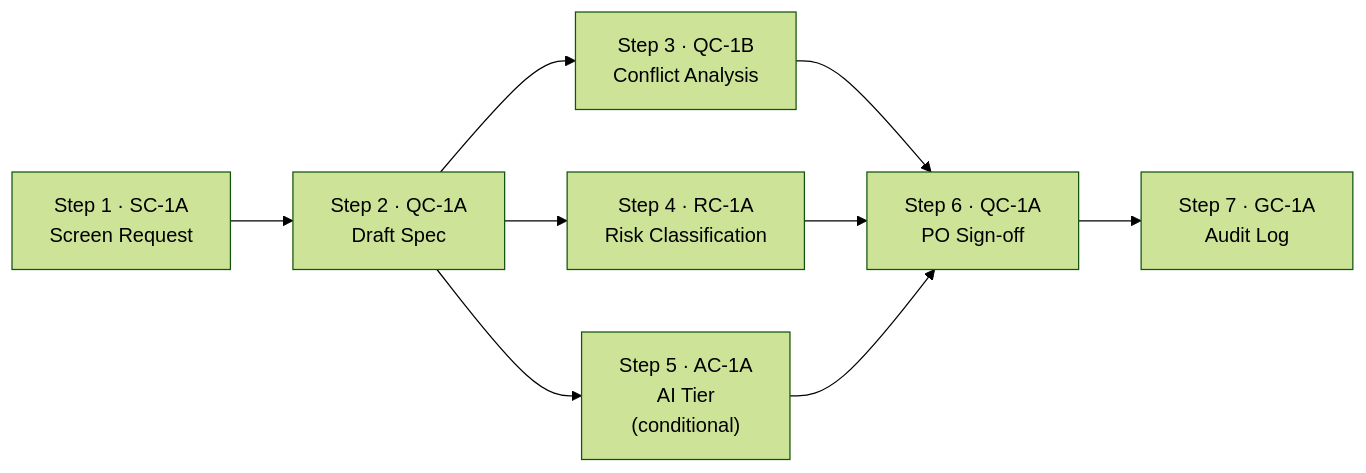
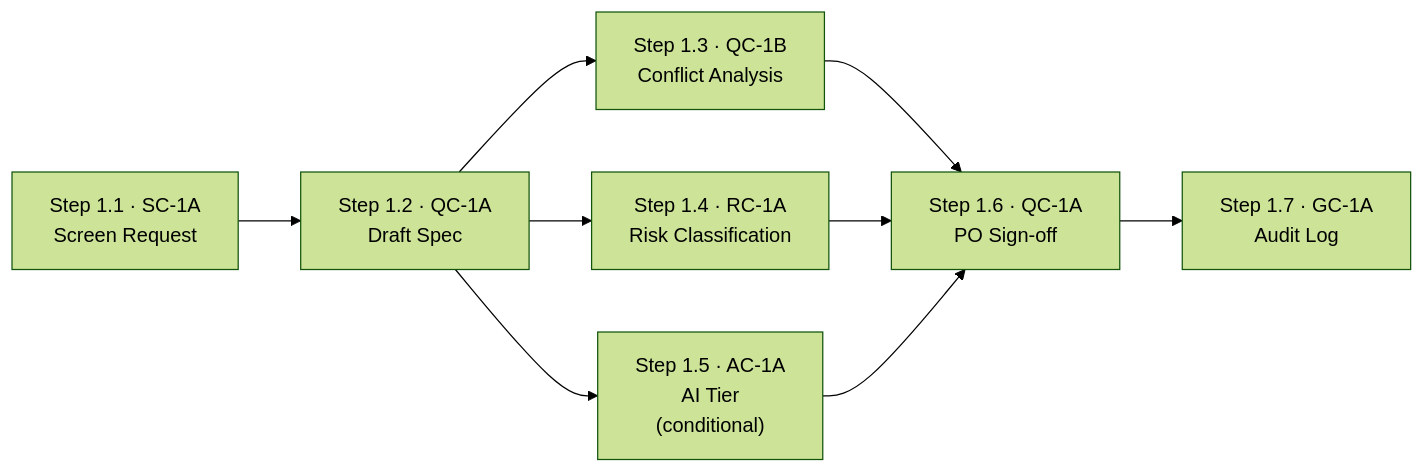
Before and after one commit to jvanheerikhuize/a-sdlc: the diagram in stages/01-intent-ingestion/process.md, drawn with Mermaid (forest theme). The commit also changed other lines of this file and 2 other files, not shown here.

First line of the commit message:
Renumber Stage 1 steps to Stage.Step convention (1.1–1.7)

````diff
--- a/stages/01-intent-ingestion/process.md
+++ b/stages/01-intent-ingestion/process.md
@@ -27,19 +27,19 @@
 ```mermaid
 flowchart LR
-    S1["Step 1 · SC-1A\nScreen Request"]
-    S2["Step 2 · QC-1A\nDraft Spec"]
-    S3["Step 3 · QC-1B\nConflict Analysis"]
-    S4["Step 4 · RC-1A\nRisk Classification"]
-    S5["Step 5 · AC-1A\nAI Tier\n(conditional)"]
-    S6["Step 6 · QC-1A\nPO Sign-off"]
-    S7["Step 7 · GC-1A\nAudit Log"]
+    S1["Step 1.1 · SC-1A\nScreen Request"]
+    S2["Step 1.2 · QC-1A\nDraft Spec"]
+    S3["Step 1.3 · QC-1B\nConflict Analysis"]
+    S4["Step 1.4 · RC-1A\nRisk Classification"]
+    S5["Step 1.5 · AC-1A\nAI Tier\n(conditional)"]
+    S6["Step 1.6 · QC-1A\nPO Sign-off"]
+    S7["Step 1.7 · GC-1A\nAudit Log"]
 
     S1 --> S2
     S2 --> S3
     S2 --> S4
     S2 --> S5
     S3 --> S6
     S4 --> S6
     S5 --> S6
     S6 --> S7
 ```
````
